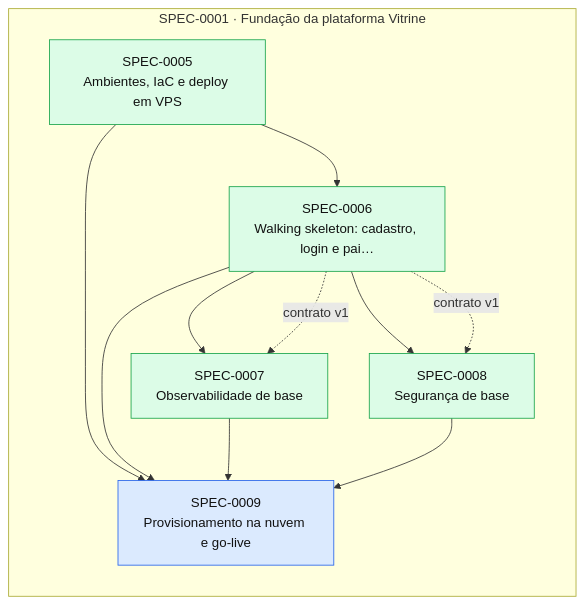
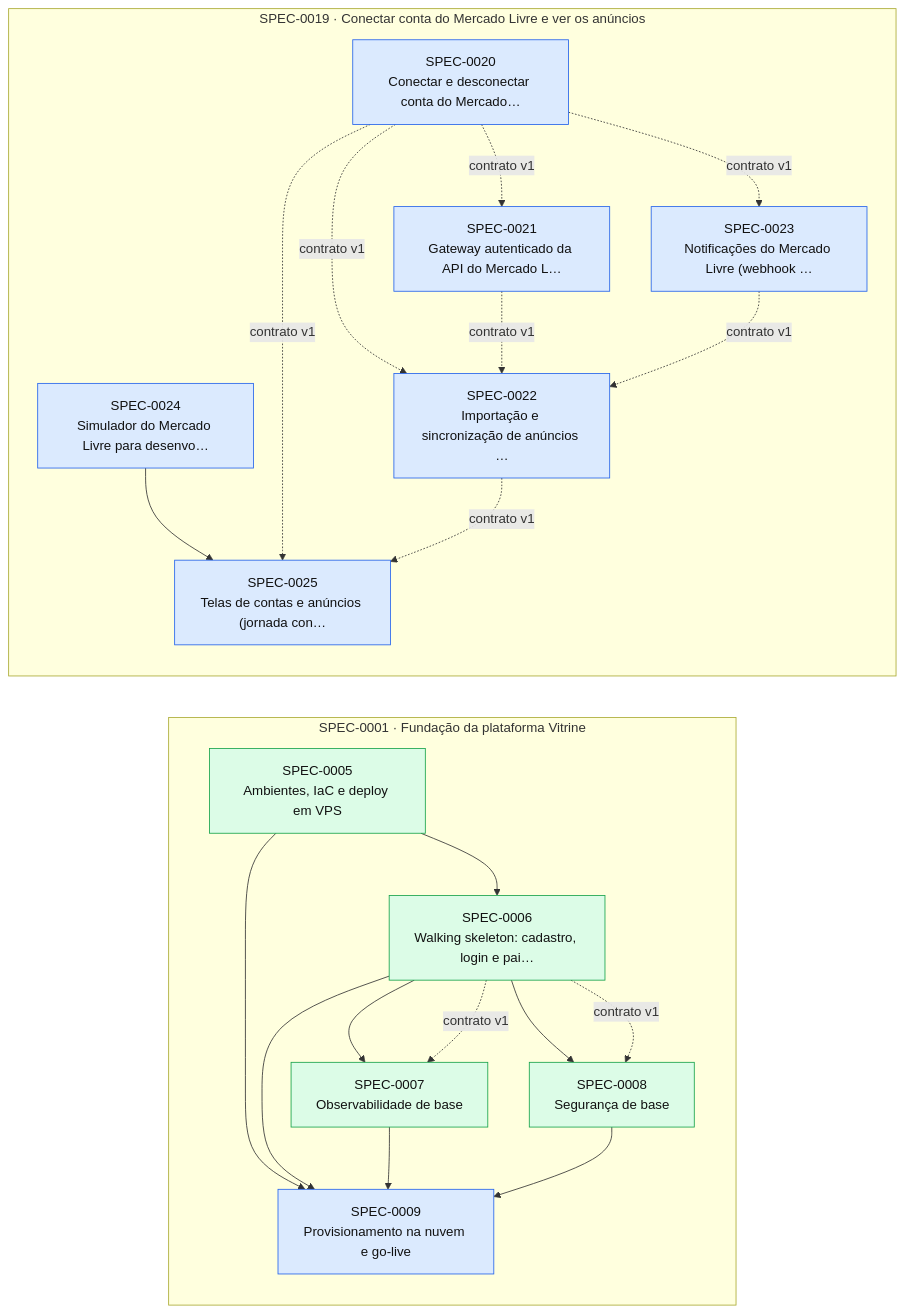
Before and after one commit to thomasravache/vitrine: the diagram in docs/specs/INDEX.md, drawn with Mermaid. The commit also changed other lines of this file and 10 other files, not shown here.

````diff
--- a/docs/specs/INDEX.md
+++ b/docs/specs/INDEX.md
@@ -56,24 +64,40 @@
 ```mermaid
 flowchart LR
   subgraph E0001["SPEC-0001 · Fundação da plataforma Vitrine"]
     S0005["SPEC-0005<br/>Ambientes, IaC e deploy em VPS"]:::implemented
     S0006["SPEC-0006<br/>Walking skeleton: cadastro, login e pai…"]:::implemented
     S0007["SPEC-0007<br/>Observabilidade de base"]:::implemented
     S0008["SPEC-0008<br/>Segurança de base"]:::implemented
     S0009["SPEC-0009<br/>Provisionamento na nuvem e go-live"]:::approved
+  end
+  subgraph E0019["SPEC-0019 · Conectar conta do Mercado Livre e ver os anúncios"]
+    S0020["SPEC-0020<br/>Conectar e desconectar conta do Mercado…"]:::approved
+    S0021["SPEC-0021<br/>Gateway autenticado da API do Mercado L…"]:::approved
+    S0022["SPEC-0022<br/>Importação e sincronização de anúncios …"]:::approved
+    S0023["SPEC-0023<br/>Notificações do Mercado Livre (webhook …"]:::approved
+    S0024["SPEC-0024<br/>Simulador do Mercado Livre para desenvo…"]:::approved
+    S0025["SPEC-0025<br/>Telas de contas e anúncios (jornada con…"]:::approved
   end
   S0005 --> S0006
   S0006 --> S0007
   S0006 -. contrato v1 .-> S0007
   S0006 --> S0008
   S0006 -. contrato v1 .-> S0008
   S0005 --> S0009
   S0006 --> S0009
   S0007 --> S0009
   S0008 --> S0009
+  S0020 -. contrato v1 .-> S0021
+  S0020 -. contrato v1 .-> S0022
+  S0021 -. contrato v1 .-> S0022
+  S0023 -. contrato v1 .-> S0022
+  S0020 -. contrato v1 .-> S0023
+  S0024 --> S0025
+  S0020 -. contrato v1 .-> S0025
+  S0022 -. contrato v1 .-> S0025
   classDef proposed fill:#fef3c7,stroke:#d97706,color:#111
   classDef approved fill:#dbeafe,stroke:#2563eb,color:#111
   classDef inprogress fill:#ede9fe,stroke:#7c3aed,color:#111
   classDef implemented fill:#dcfce7,stroke:#16a34a,color:#111
   classDef deprecated fill:#f3f4f6,stroke:#9ca3af,color:#6b7280
 ```
````
